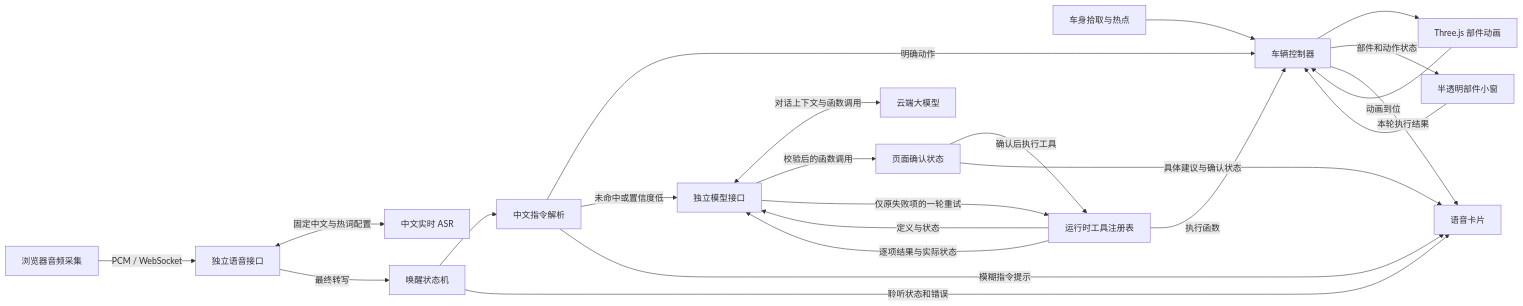
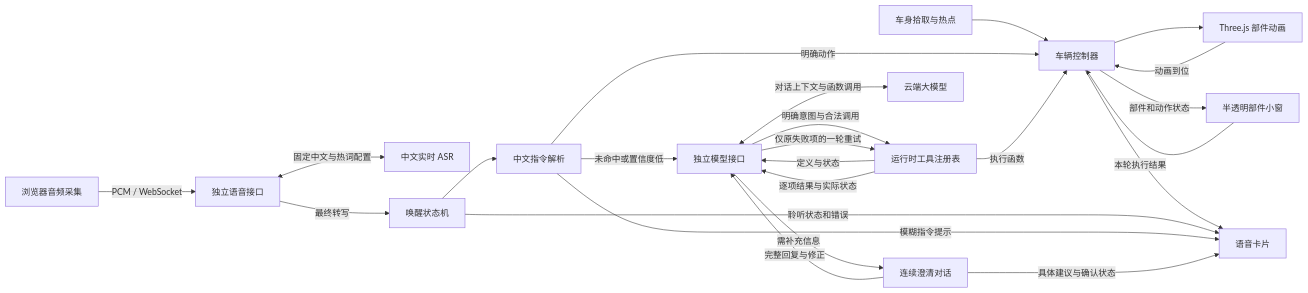
One commit to Houyanbin2002/3DCar changed the diagram in 落地方案与项目架构.md. Above: the diagram before and after it, drawn with Mermaid. The commit also changed other lines of this file and 13 other files, not shown here.

````diff
--- a/落地方案与项目架构.md
+++ b/落地方案与项目架构.md
@@ -30,25 +30,26 @@
 ```mermaid
 flowchart LR
     H[车身拾取与热点] --> C[车辆控制器]
     P[半透明部件小窗] --> C
     A[浏览器音频采集] -->|PCM / WebSocket| B[独立语音接口]
     B <-->|固定中文与热词配置| R[中文实时 ASR]
     B -->|最终转写| V[唤醒状态机]
     V --> D[中文指令解析]
     D -->|明确动作| C
     D -->|未命中或置信度低| I[独立模型接口]
     G[运行时工具注册表] -->|定义与状态| I
     I <-->|对话上下文与函数调用| L[云端大模型]
-    I -->|校验后的函数调用| F[页面确认状态]
-    F -->|确认后执行工具| G
+    I -->|需补充信息| F[连续澄清对话]
+    I -->|明确意图与合法调用| G
+    F -->|完整回复与修正| I
     G -->|逐项结果与实际状态| I
     I -->|仅原失败项的一轮重试| G
     G -->|执行函数| C
     C --> T[Three.js 部件动画]
     T -->|动画到位| C
     C -->|部件和动作状态| P
     C -->|本轮执行结果| S[语音卡片]
     V -->|聆听状态和错误| S
     D -->|模糊指令提示| S
     F -->|具体建议与确认状态| S
 ```
````
